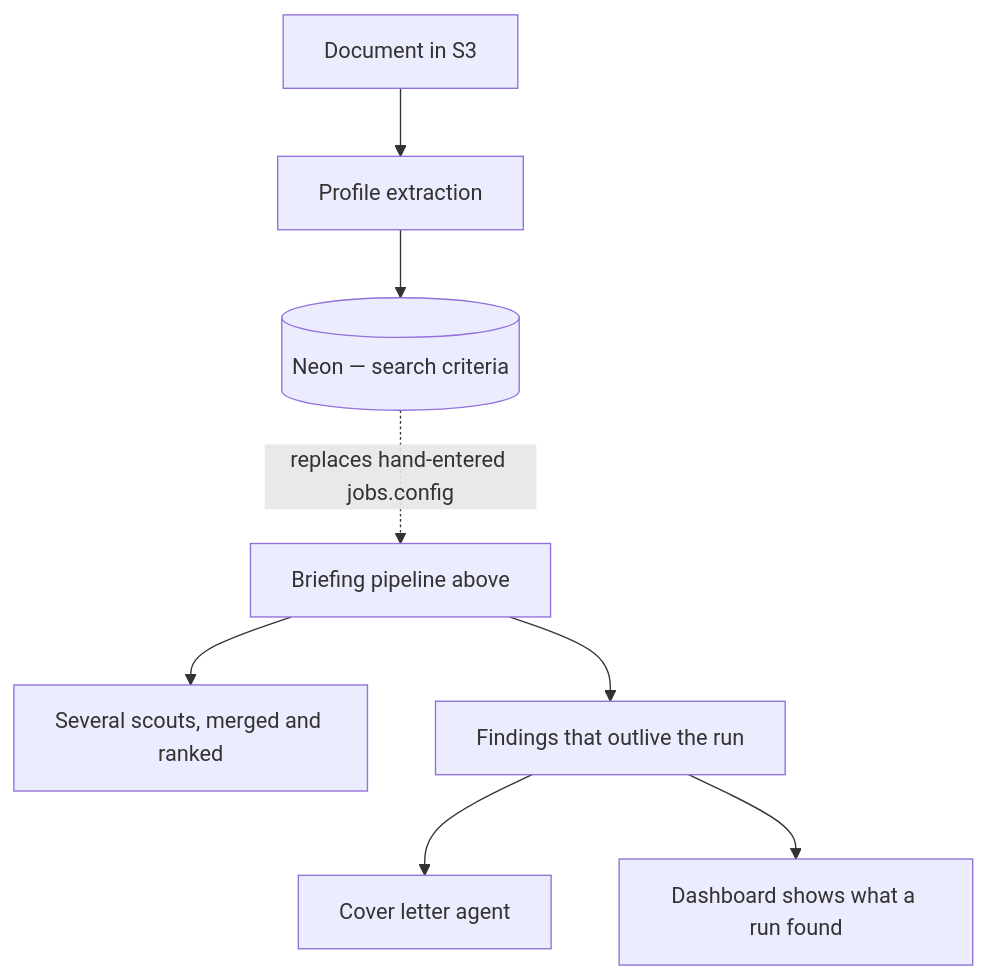
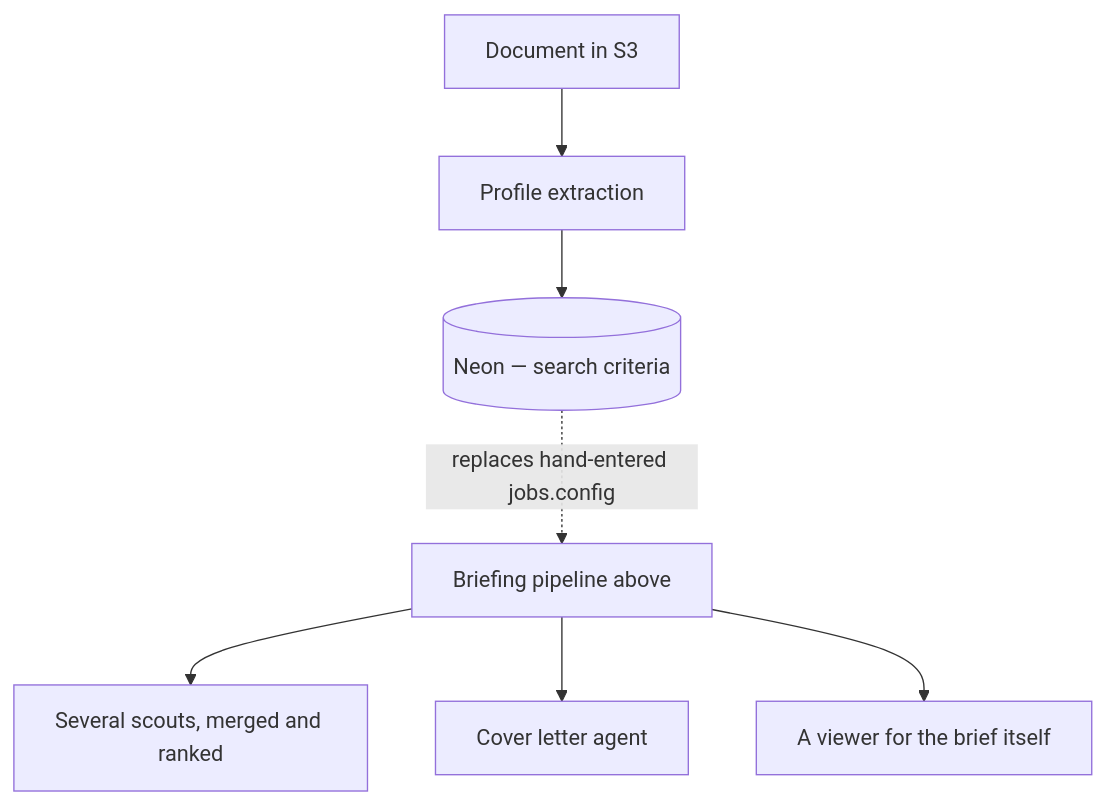
Before and after one commit to sunnyeyles/control-panel: the second of 2 diagrams in OVERVIEW.md, drawn with Mermaid. The commit also changed other lines of this file and 6 other files, not shown here.

First line of the commit message:
Shows what a briefing's latest run found

````diff
--- a/OVERVIEW.md
+++ b/OVERVIEW.md
@@ -85,10 +85,9 @@
 ```mermaid
 flowchart TD
     B[Document in S3] --> C[Profile extraction]
     C --> D[(Neon — search criteria)]
     D -.->|replaces hand-entered jobs.config| P[Briefing pipeline above]
     P --> M[Several scouts, merged and ranked]
-    P --> F[Findings that outlive the run]
-    F --> N[Cover letter agent]
-    F --> Q[Dashboard shows what a run found]
+    P --> N[Cover letter agent]
+    P --> Q[A viewer for the brief itself]
 ```
````
